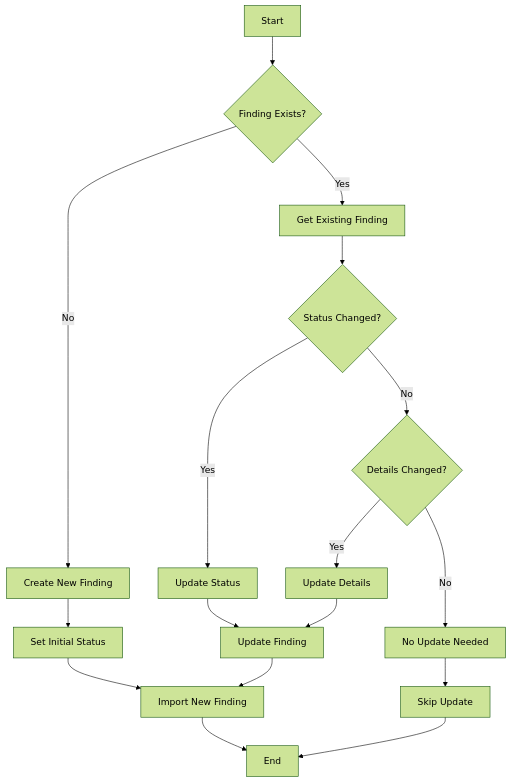
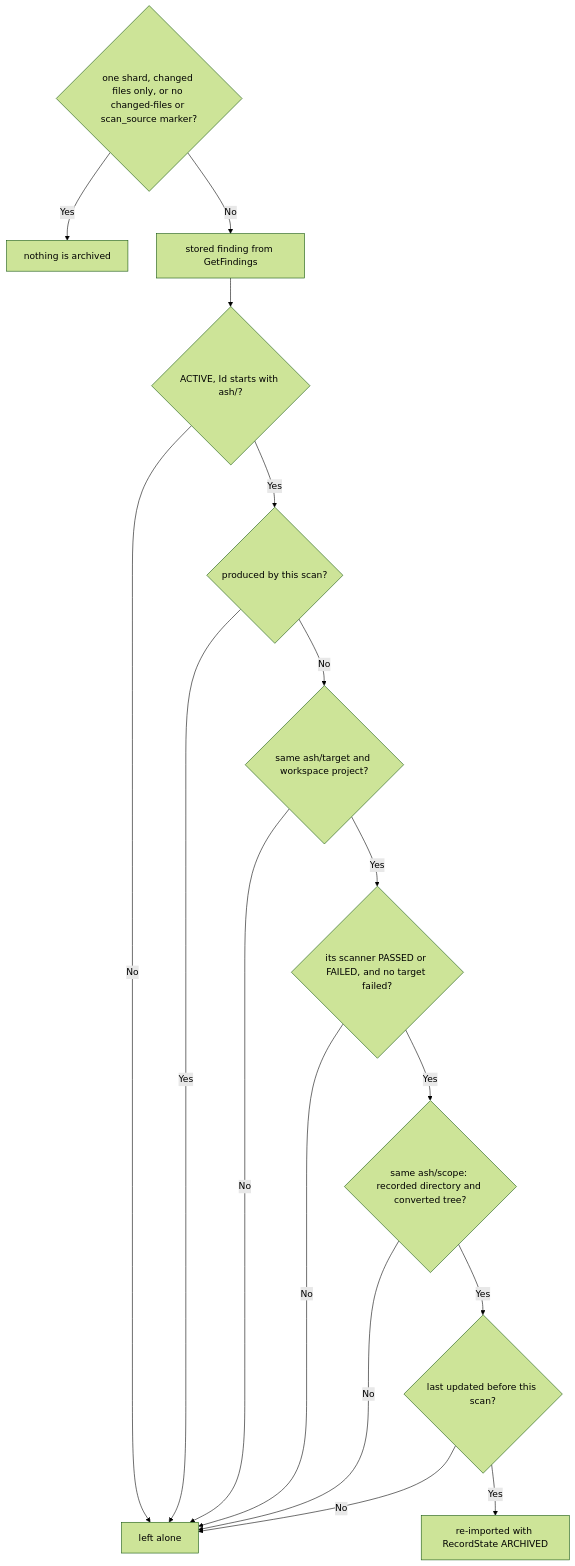
One commit to awslabs/automated-security-helper changed the third of 4 diagrams in docs/content/docs/plugins/aws/security-hub-reporter-diagrams.md. Above: the diagram before and after it, drawn with Mermaid (forest theme). The commit also changed other lines of this file and 2834 other files, not shown here.

First line of the commit message:
fix: Harden scanner configuration, reporting, and MCP source delivery (#830)

````diff
--- a/docs/content/docs/plugins/aws/security-hub-reporter-diagrams.md
+++ b/docs/content/docs/plugins/aws/security-hub-reporter-diagrams.md
@@ -145,25 +67,18 @@
 ```mermaid
 flowchart TD
-    A[Start] --> B{Finding Exists?}
-
-    B -->|Yes| C[Get Existing Finding]
-    B -->|No| D[Create New Finding]
-
-    C --> E{Status Changed?}
-    E -->|Yes| F[Update Status]
-    E -->|No| G{Details Changed?}
-
-    G -->|Yes| H[Update Details]
-    G -->|No| I[No Update Needed]
-
-    D --> J[Set Initial Status]
-    F --> K[Update Finding]
-    H --> K
-
-    J --> L[Import New Finding]
-    K --> L
-    I --> M[Skip Update]
-
-    L --> N[End]
-    M --> N
+    S{one shard, changed files only, or no changed-files or scan_source marker?} -->|Yes| K0[nothing is archived]
+    S -->|No| A[stored finding from GetFindings]
+    A --> B{ACTIVE, Id starts with ash/?}
+    B -->|No| K[left alone]
+    B -->|Yes| C{produced by this scan?}
+    C -->|Yes| K
+    C -->|No| O{same ash/target and workspace project?}
+    O -->|No| K
+    O -->|Yes| D{its scanner PASSED or FAILED, and no target failed?}
+    D -->|No| K
+    D -->|Yes| SC{same ash/scope: recorded directory and converted tree?}
+    SC -->|No| K
+    SC -->|Yes| E{last updated before this scan?}
+    E -->|No| K
+    E -->|Yes| X[re-imported with RecordState ARCHIVED]
 ```
````
